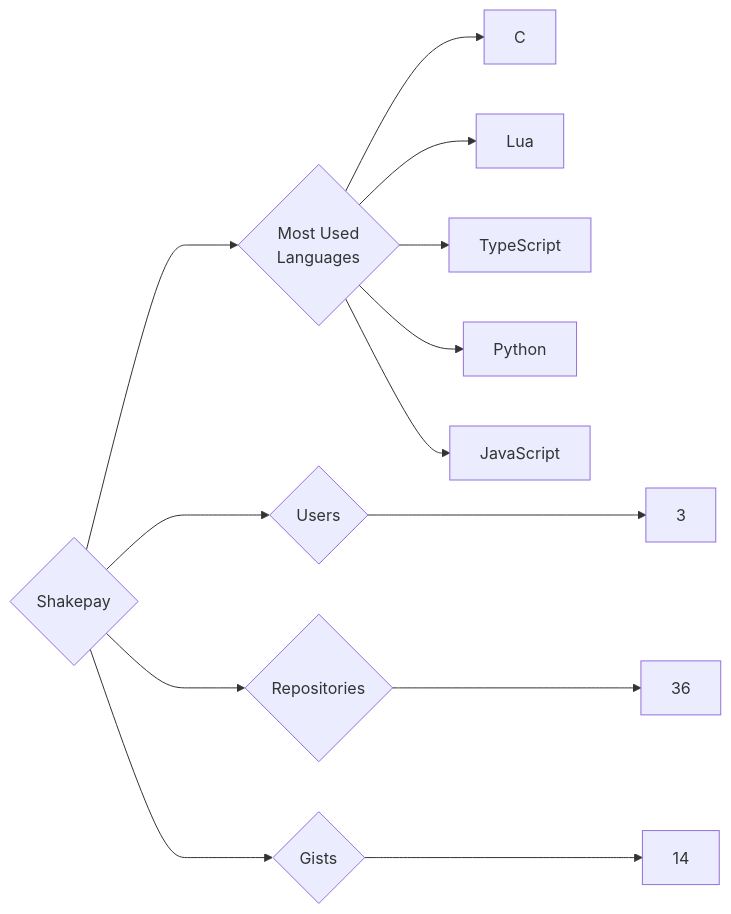
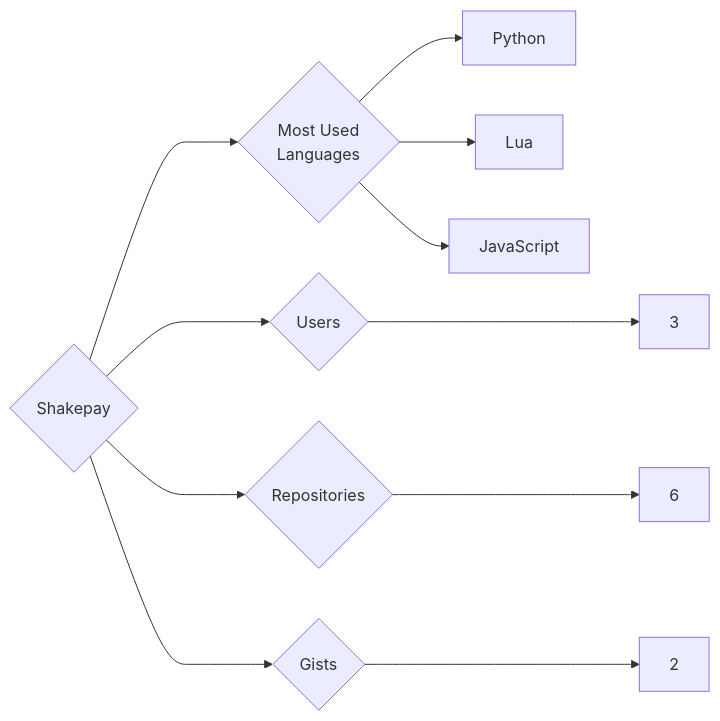
Before and after one commit to trickest/insiders: the diagram in targets/Shakepay/README.md, drawn with Mermaid. The commit also changed 815 other files, not shown here.

````diff
--- a/targets/Shakepay/README.md
+++ b/targets/Shakepay/README.md
@@ -3,13 +3,11 @@
 ```mermaid
 graph LR
 COMPANY_NAME{Shakepay}
 COMPANY_NAME ---> U{Users} ---> UN[3]
-COMPANY_NAME ---> R{Repositories} ---> RN[36]
-COMPANY_NAME ---> G{Gists} ---> GN[14]
+COMPANY_NAME ---> R{Repositories} ---> RN[6]
+COMPANY_NAME ---> G{Gists} ---> GN[2]
 COMPANY_NAME ---> ML{Most Used<br>Languages}
-ML --> C[C]
+ML --> Python[Python]
 ML --> Lua[Lua]
-ML --> TypeScript[TypeScript]
-ML --> Python[Python]
 ML --> JavaScript[JavaScript]
 ```
````
